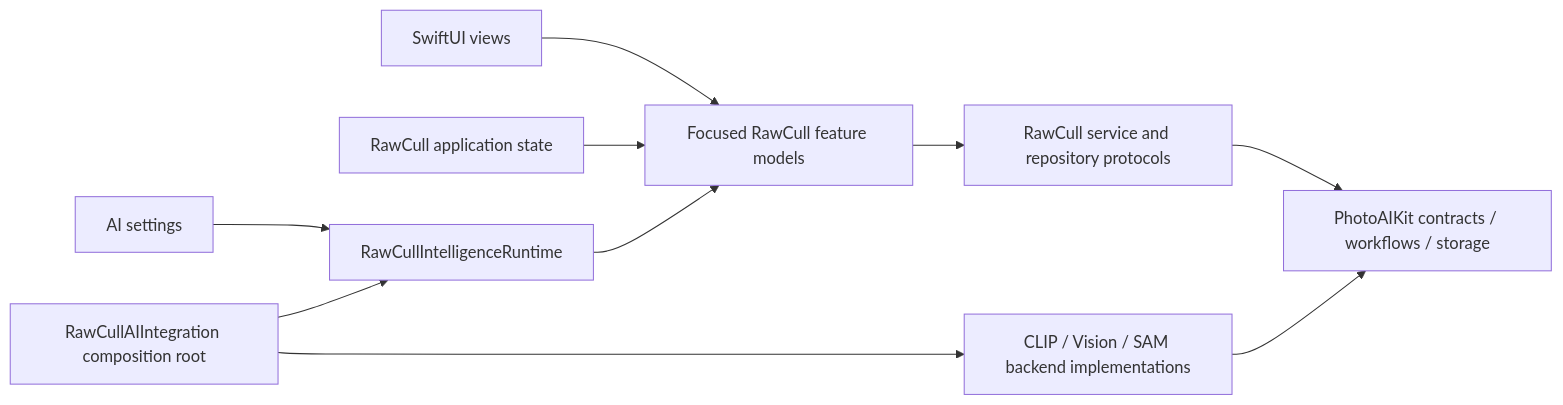
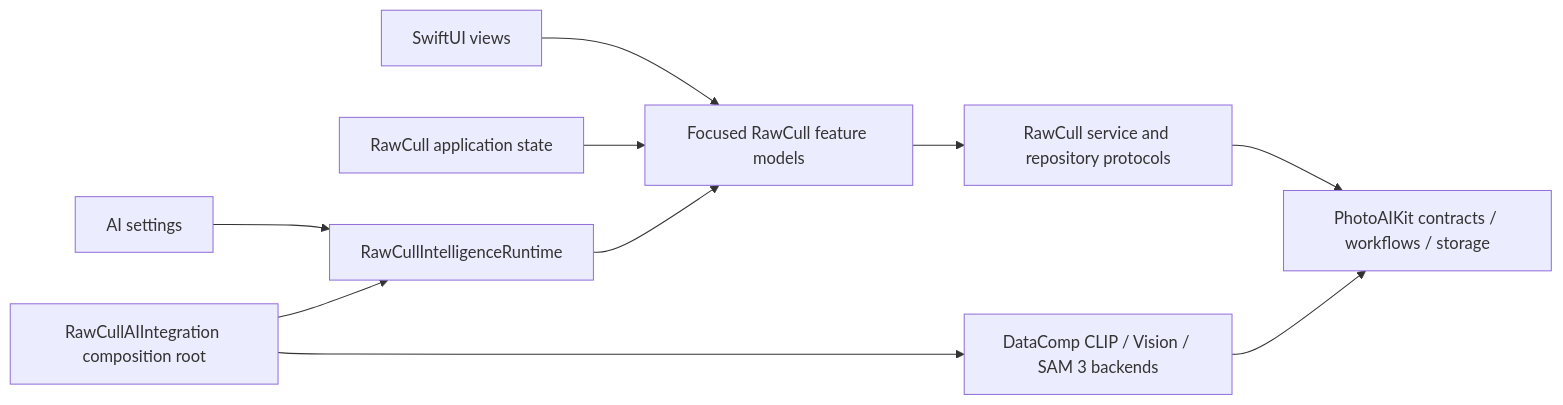
The second of 2 diagrams in README.md (rsyncOSX/RawCull), drawn with Mermaid before and after one commit. The commit also changed other lines of this file, not shown here.

````diff
--- a/README.md
+++ b/README.md
@@ -228,12 +220,12 @@
 ```mermaid
 flowchart LR
     Views["SwiftUI views"] --> Features["Focused RawCull feature models"]
     App["RawCull application state"] --> Features
     Settings["AI settings"] --> Runtime["RawCullIntelligenceRuntime"]
     Runtime --> Features
     Features --> Services["RawCull service and repository protocols"]
     Services --> Contracts["PhotoAIKit contracts / workflows / storage"]
     Composition["RawCullAIIntegration composition root"] --> Runtime
-    Composition --> Backends["CLIP / Vision / SAM backend implementations"]
+    Composition --> Backends["DataComp CLIP / Vision / SAM 3 backends"]
     Backends --> Contracts
 ```
````
